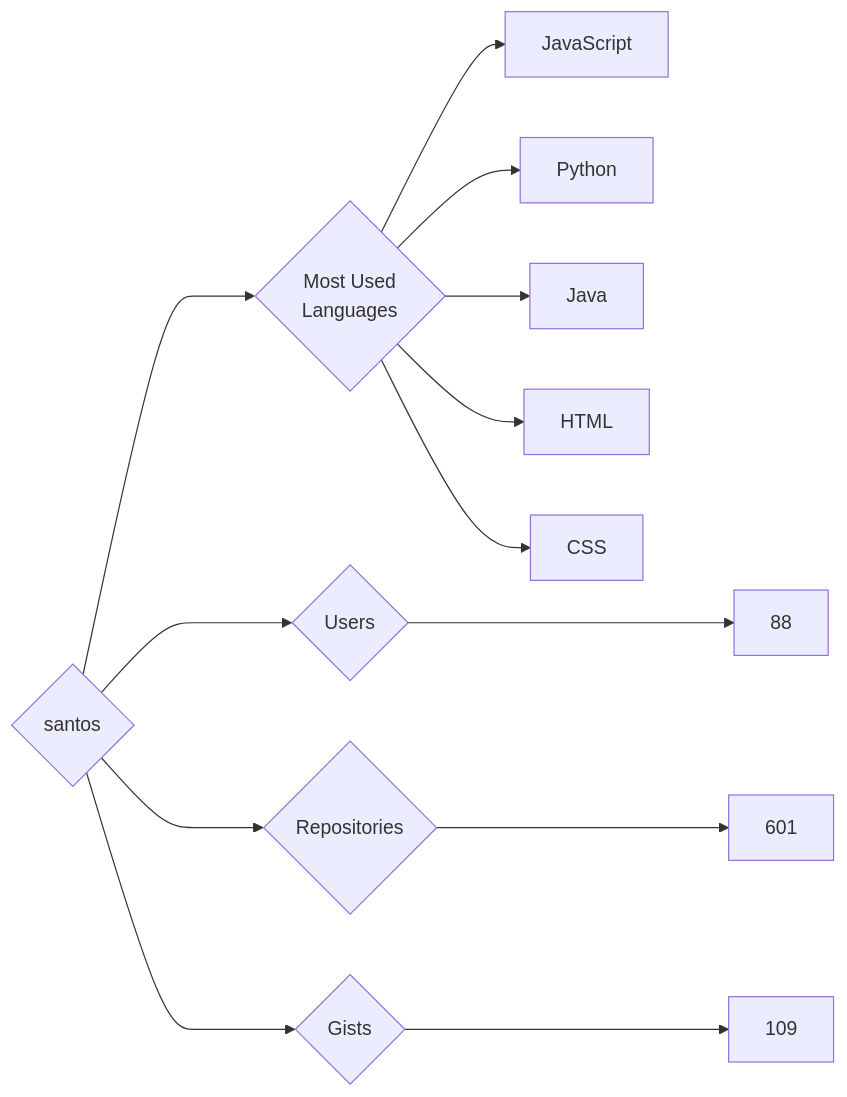
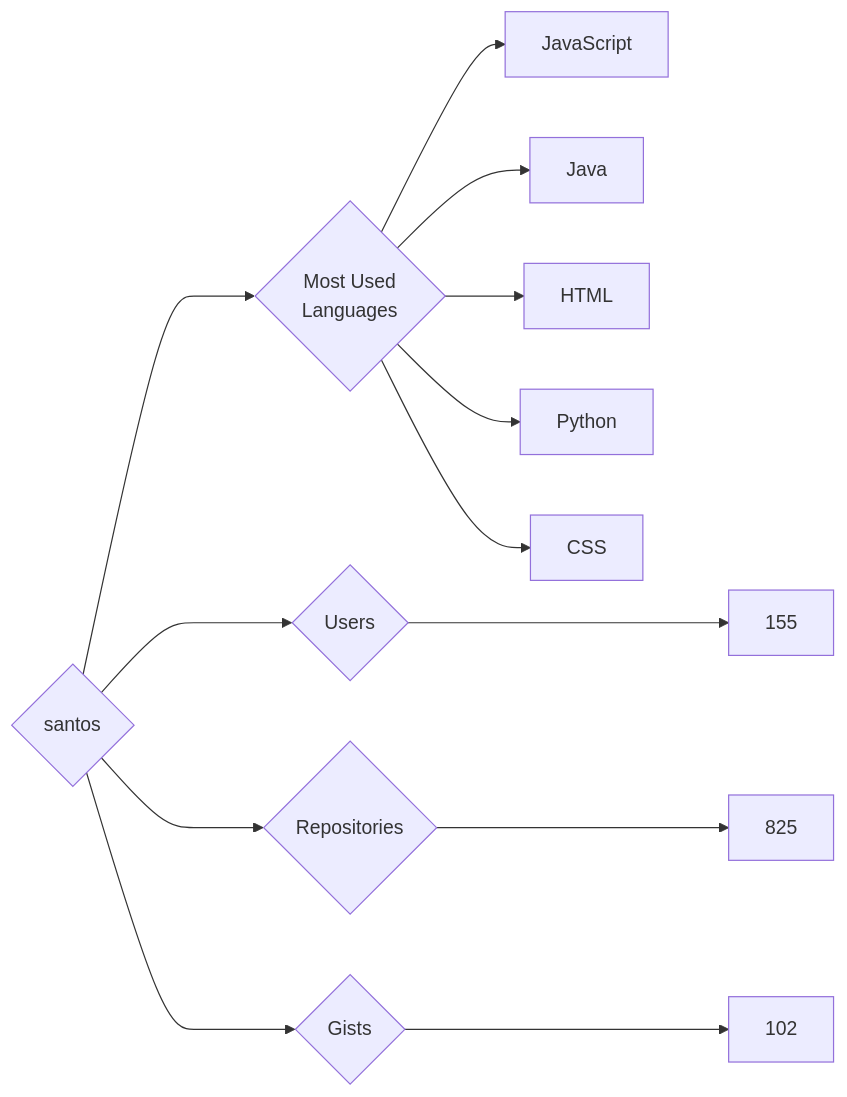
Before and after one commit to trickest/insiders: the diagram in targets/santos/README.md, drawn with Mermaid. The commit also changed 782 other files, not shown here.

````diff
--- a/targets/santos/README.md
+++ b/targets/santos/README.md
@@ -3,13 +3,13 @@
 ```mermaid
 graph LR
 COMPANY_NAME{santos}
-COMPANY_NAME ---> U{Users} ---> UN[88]
-COMPANY_NAME ---> R{Repositories} ---> RN[601]
-COMPANY_NAME ---> G{Gists} ---> GN[109]
+COMPANY_NAME ---> U{Users} ---> UN[155]
+COMPANY_NAME ---> R{Repositories} ---> RN[825]
+COMPANY_NAME ---> G{Gists} ---> GN[102]
 COMPANY_NAME ---> ML{Most Used<br>Languages}
 ML --> JavaScript[JavaScript]
-ML --> Python[Python]
 ML --> Java[Java]
 ML --> HTML[HTML]
+ML --> Python[Python]
 ML --> CSS[CSS]
 ```
````
